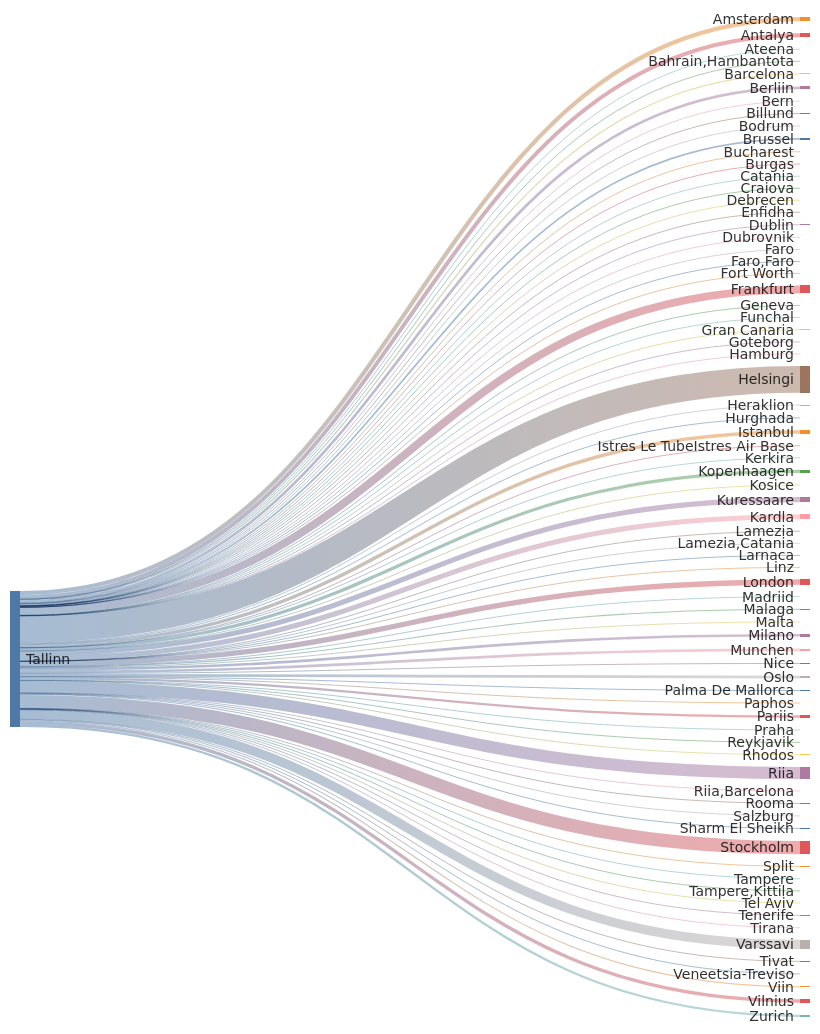
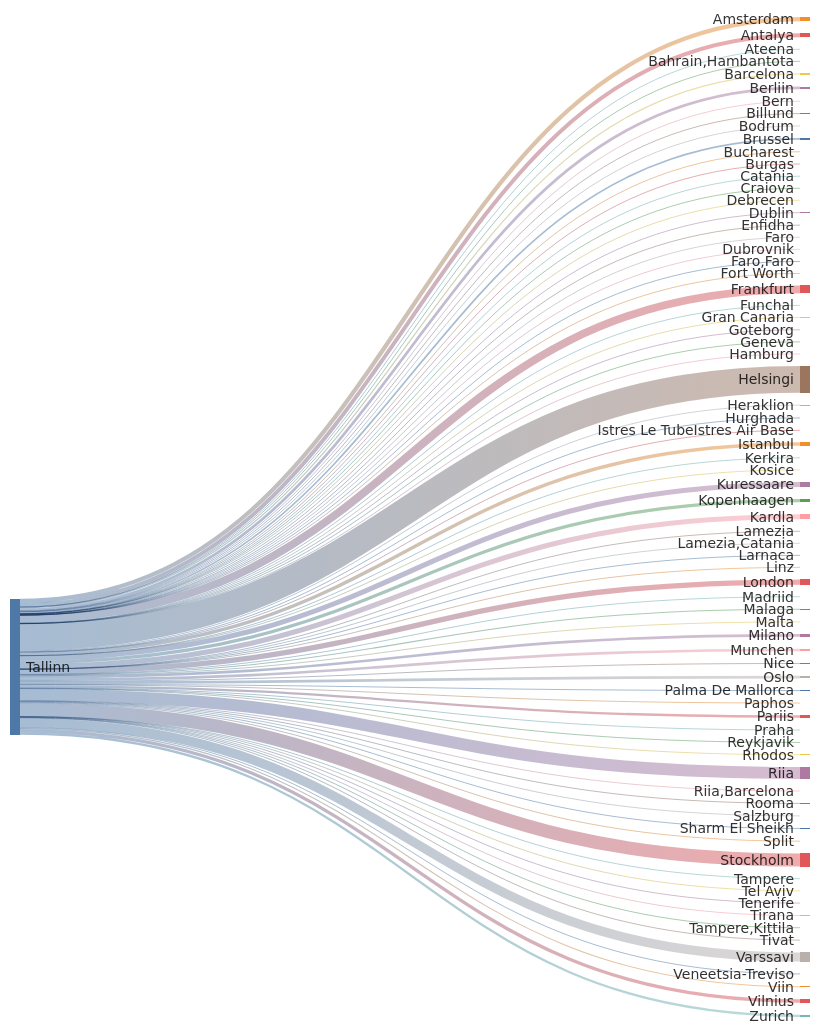
One commit to rainermesi/tll-airport-departures changed the second of 2 diagrams in README.md. Above: the diagram before and after it, drawn with Mermaid. The commit also changed other lines of this file and 1 other file, not shown here.

````diff
--- a/README.md
+++ b/README.md
@@ -41,18 +41,18 @@
 ---
 sankey-beta
 %% source,target,value
-Tallinn,Amsterdam,423
-Tallinn,Antalya,394
+Tallinn,Amsterdam,425
+Tallinn,Antalya,396
 Tallinn,Ateena,16
 Tallinn,"Bahrain,Hambantota",1
-Tallinn,Barcelona,117
+Tallinn,Barcelona,119
 Tallinn,Berliin,272
 Tallinn,Bern,1
-Tallinn,Billund,68
+Tallinn,Billund,69
 Tallinn,Bodrum,11
 Tallinn,Brussel,170
 Tallinn,Bucharest,1
-Tallinn,Burgas,46
+Tallinn,Burgas,47
 Tallinn,Catania,2
 Tallinn,Craiova,1
 Tallinn,Debrecen,1
@@ -62,58 +62,58 @@
 Tallinn,Faro,4
 Tallinn,"Faro,Faro",1
 Tallinn,Fort Worth,1
-Tallinn,Frankfurt,789
+Tallinn,Frankfurt,792
 Tallinn,Funchal,5
 Tallinn,Geneva,13
 Tallinn,Gran Canaria,38
-Tallinn,Goteborg,1
+Tallinn,Goteborg,2
 Tallinn,Hamburg,2
-Tallinn,Helsingi,2681
-Tallinn,Heraklion,82
+Tallinn,Helsingi,2689
+Tallinn,Heraklion,83
 Tallinn,Hurghada,75
-Tallinn,Istanbul,351
+Tallinn,Istanbul,352
 Tallinn,Istres Le TubeIstres Air Base,2
 Tallinn,Kerkira,4
 Tallinn,Kopenhaagen,322
 Tallinn,Kosice,1
-Tallinn,Kuressaare,511
-Tallinn,Kardla,511
+Tallinn,Kuressaare,512
+Tallinn,Kardla,512
 Tallinn,Lamezia,1
 Tallinn,"Lamezia,Catania",3
 Tallinn,Larnaca,4
 Tallinn,Linz,2
-Tallinn,London,531
+Tallinn,London,532
 Tallinn,Madriid,1
-Tallinn,Malaga,106
-Tallinn,Malta,24
+Tallinn,Malaga,107
+Tallinn,Malta,25
 Tallinn,Milano,263
 Tallinn,Munchen,263
 Tallinn,Nice,43
 Tallinn,Oslo,274
-Tallinn,Palma De Mallorca,28
+Tallinn,Palma De Mallorca,29
 Tallinn,Paphos,66
 Tallinn,Pariis,228
 Tallinn,Praha,73
-Tallinn,Reykjavik,11
+Tallinn,Reykjavik,12
 Tallinn,Rhodos,51
-Tallinn,Riia,1202
+Tallinn,Riia,1206
 Tallinn,"Riia,Barcelona",1
 Tallinn,Rooma,80
 Tallinn,Salzburg,14
 Tallinn,Sharm El Sheikh,99
 Tallinn,Split,44
-Tallinn,Stockholm,1326
+Tallinn,Stockholm,1329
 Tallinn,Tampere,17
 Tallinn,"Tampere,Kittila",21
 Tallinn,Tel Aviv,2
 Tallinn,Tenerife,58
 Tallinn,Tirana,25
 Tallinn,Tivat,53
-Tallinn,Varssavi,923
+Tallinn,Varssavi,926
 Tallinn,Veneetsia-Treviso,67
 Tallinn,Viin,106
 Tallinn,Vilnius,332
-Tallinn,Zurich,233
+Tallinn,Zurich,234
 
 
 ```
````
